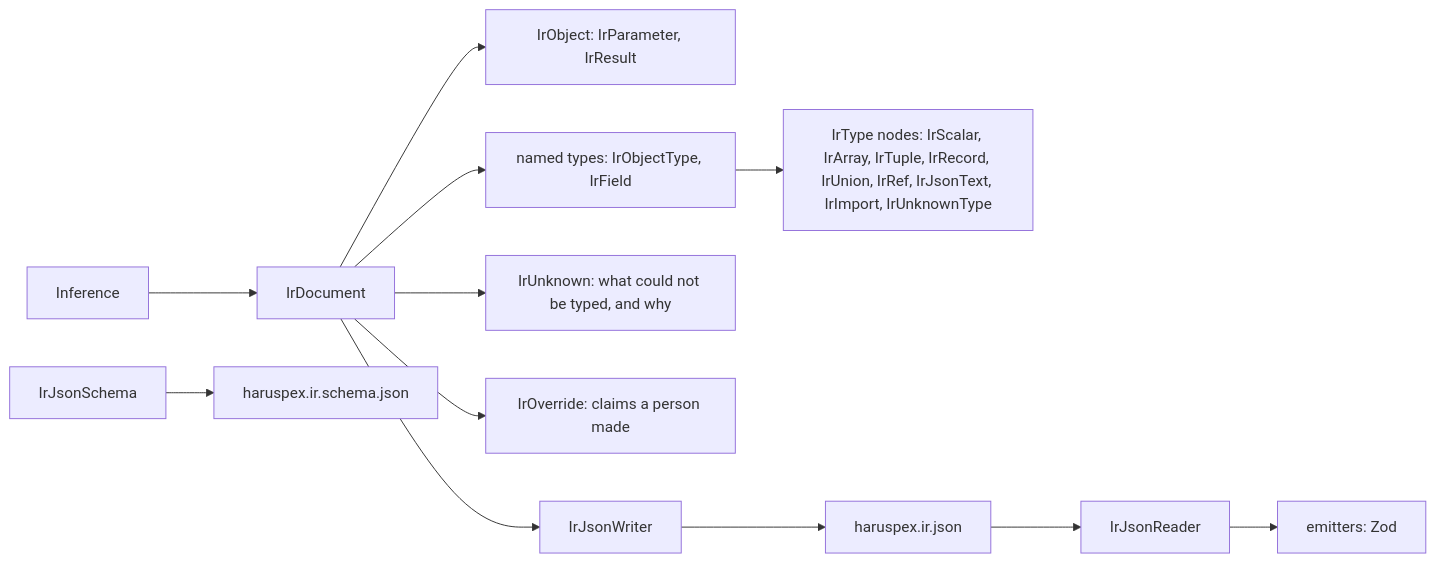
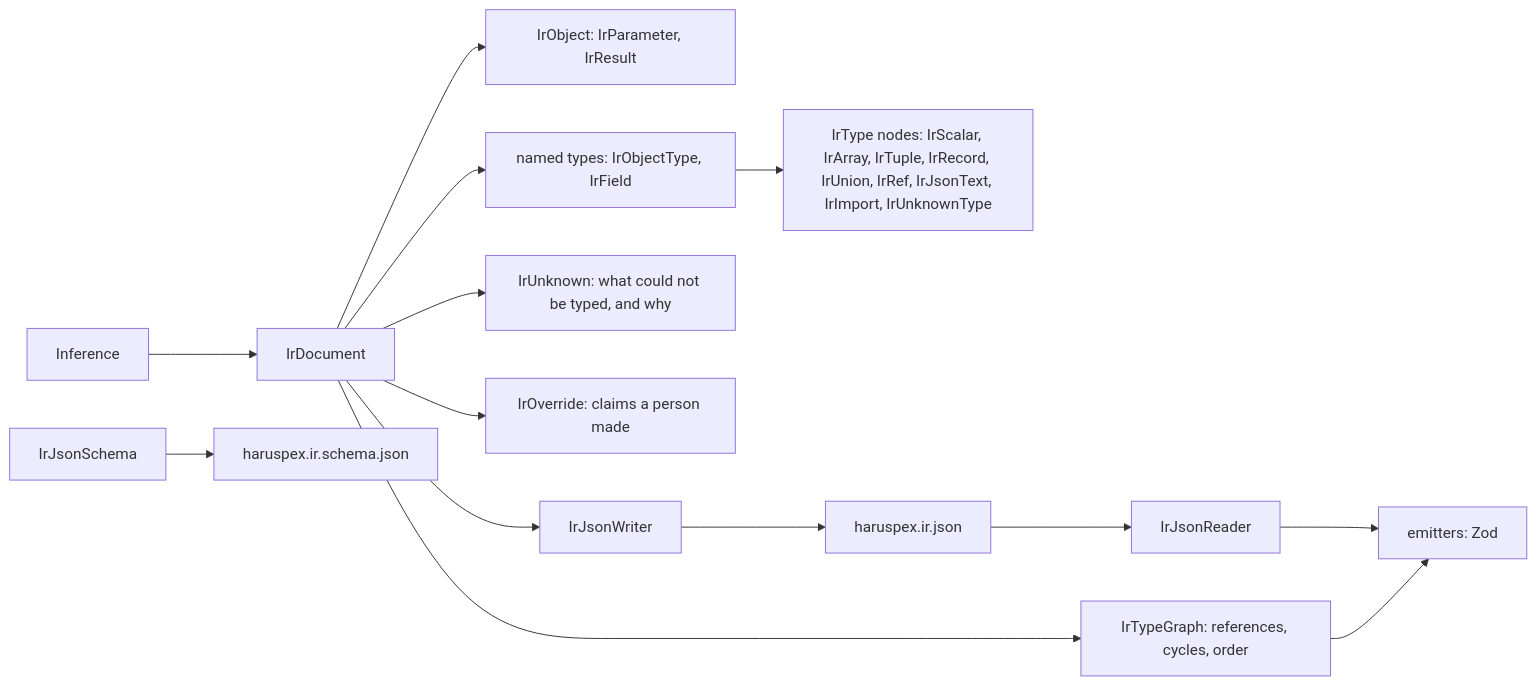
One commit to haruspex-tools/haruspex changed the diagram in src/Haruspex.Ir/README.md. Above: the diagram before and after it, drawn with Mermaid. The commit also changed other lines of this file and 10 other files, not shown here.

First line of the commit message:
The type tree and the type graph: one place knows a type's structure

````diff
--- a/src/Haruspex.Ir/README.md
+++ b/src/Haruspex.Ir/README.md
@@ -20,14 +22,16 @@
 ```mermaid
 flowchart LR
     inference["Inference"] --> document["IrDocument"]
     document --> objects["IrObject: IrParameter, IrResult"]
     document --> types["named types: IrObjectType, IrField"]
     types --> nodes["IrType nodes: IrScalar, IrArray, IrTuple, IrRecord, IrUnion, IrRef, IrJsonText, IrImport, IrUnknownType"]
     document --> unknowns["IrUnknown: what could not be typed, and why"]
     document --> overrides["IrOverride: claims a person made"]
     document --> writer["IrJsonWriter"]
     writer --> json["haruspex.ir.json"]
     json --> reader["IrJsonReader"]
     reader --> emitters["emitters: Zod"]
     schema["IrJsonSchema"] --> published["haruspex.ir.schema.json"]
+    document --> typeGraph["IrTypeGraph: references, cycles, order"]
+    typeGraph --> emitters
 ```
````
